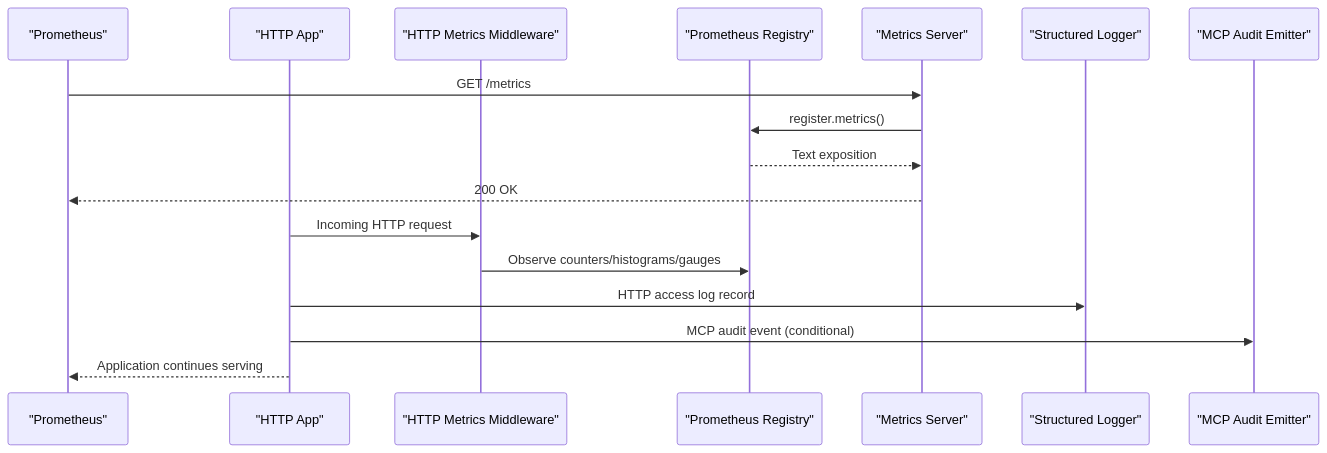
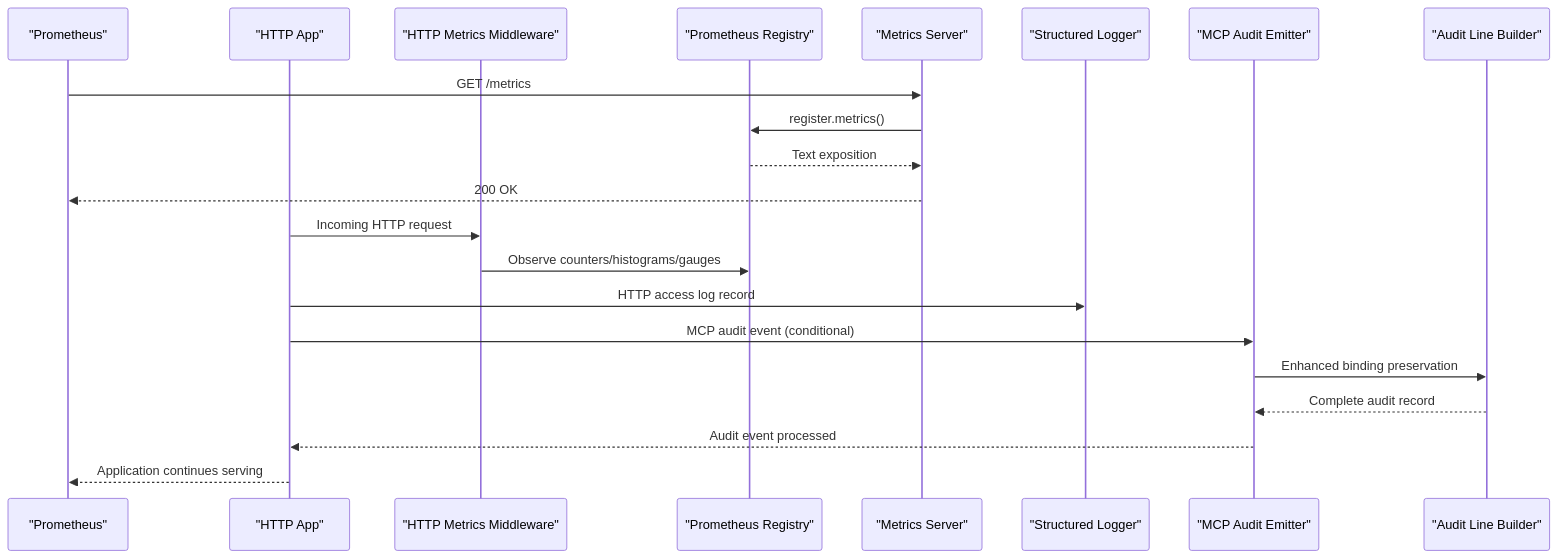
The second of 7 diagrams in .qoder/repowiki/en/content/Monitoring & Observability.md (debian777/kairos-mcp), drawn with Mermaid before and after one commit. The commit also changed other lines of this file and 4 other files, not shown here.

````diff
--- a/.qoder/repowiki/en/content/Monitoring & Observability.md
+++ b/.qoder/repowiki/en/content/Monitoring & Observability.md
@@ -161,19 +167,23 @@
 ```mermaid
 sequenceDiagram
 participant Prom as "Prometheus"
 participant App as "HTTP App"
 participant MW as "HTTP Metrics Middleware"
 participant Reg as "Prometheus Registry"
 participant Met as "Metrics Server"
 participant Log as "Structured Logger"
 participant Audit as "MCP Audit Emitter"
+participant Builder as "Audit Line Builder"
 Prom->>Met : GET /metrics
 Met->>Reg : register.metrics()
 Reg-->>Met : Text exposition
 Met-->>Prom : 200 OK
 App->>MW : Incoming HTTP request
 MW->>Reg : Observe counters/histograms/gauges
 App->>Log : HTTP access log record
 App->>Audit : MCP audit event (conditional)
+Audit->>Builder : Enhanced binding preservation
+Builder-->>Audit : Complete audit record
+Audit-->>App : Audit event processed
 App-->>Prom : Application continues serving
 ```
````
